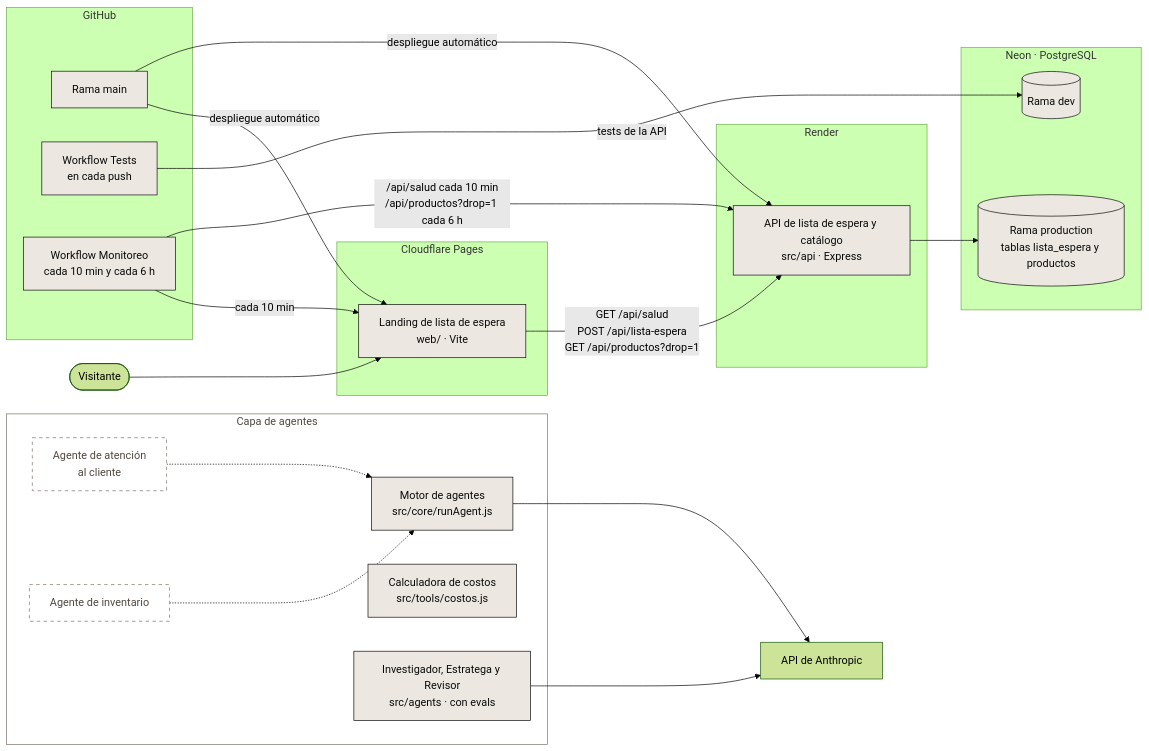
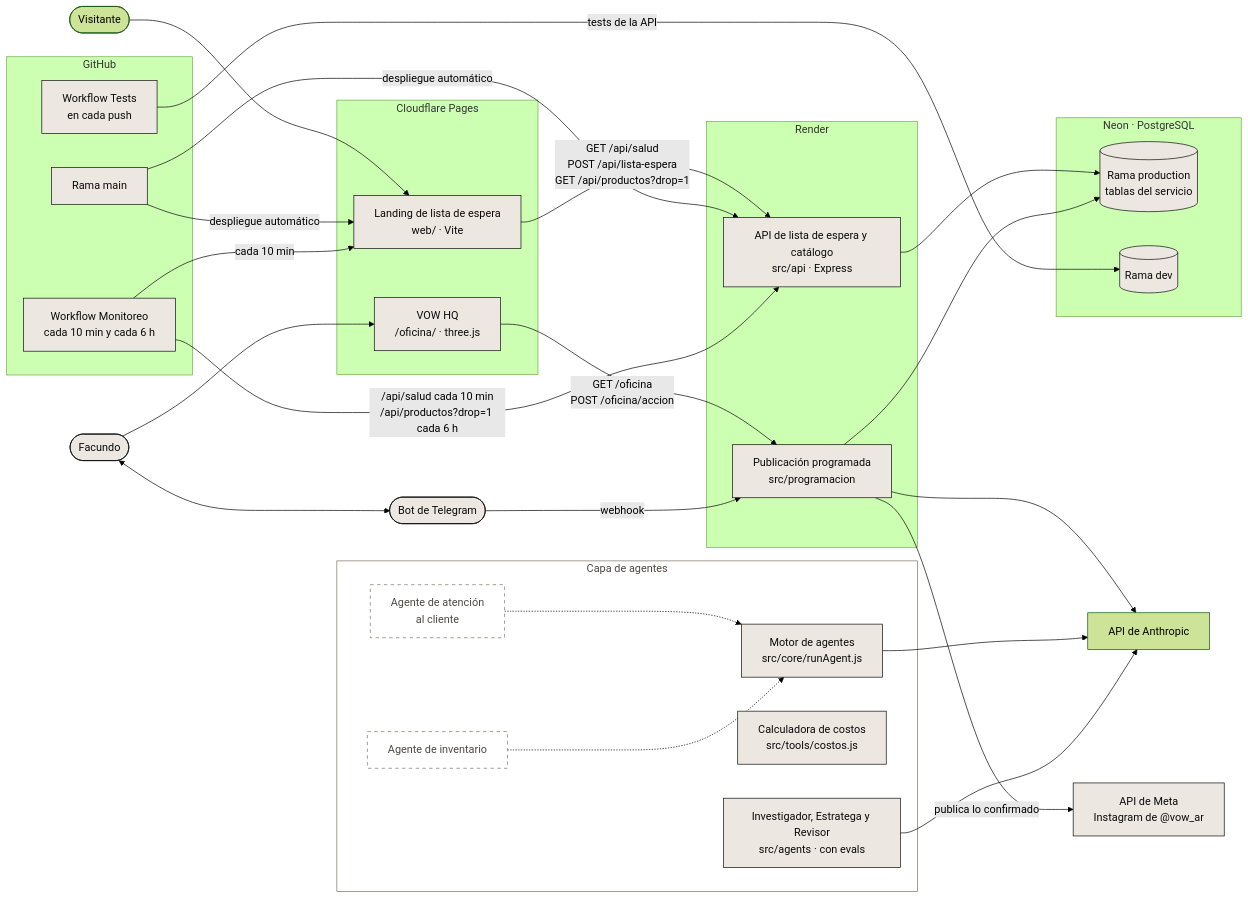
The first of 2 diagrams in README.md (FacundoGuiraldes/vow), drawn with Mermaid (forest theme) before and after one commit. The commit also changed other lines of this file and 9 other files, not shown here.

````diff
--- a/README.md
+++ b/README.md
@@ -50,52 +113,64 @@
 ```mermaid
 flowchart LR
     visitante(["Visitante"])
 
     subgraph sg_github["GitHub"]
         repo["Rama main"]
         ci["Workflow Tests<br/>en cada push"]
         monitoreo["Workflow Monitoreo<br/>cada 10 min y cada 6 h"]
     end
 
     subgraph sg_cloudflare["Cloudflare Pages"]
         landing["Landing de lista de espera<br/>web/ · Vite"]
+        hq["VOW HQ<br/>/oficina/ · three.js"]
     end
 
     subgraph sg_render["Render"]
         api["API de lista de espera y catálogo<br/>src/api · Express"]
+        prog["Publicación programada<br/>src/programacion"]
     end
 
     subgraph sg_neon["Neon · PostgreSQL"]
-        db[("Rama production<br/>tablas lista_espera y productos")]
+        db[("Rama production<br/>tablas del servicio")]
         dbdev[("Rama dev")]
     end
 
     subgraph agentes["Capa de agentes"]
         motor["Motor de agentes<br/>src/core/runAgent.js"]
         costos["Calculadora de costos<br/>src/tools/costos.js"]
         contenido["Investigador, Estratega y Revisor<br/>src/agents · con evals"]
         soporte["Agente de atención<br/>al cliente"]
         inventario["Agente de inventario"]
     end
 
     anthropic["API de Anthropic"]
+    telegram(["Bot de Telegram"])
+    meta["API de Meta<br/>Instagram de @vow_ar"]
+    persona(["Facundo"])
 
     visitante --> landing
     landing -->|"GET /api/salud<br/>POST /api/lista-espera<br/>GET /api/productos?drop=1"| api
     api --> db
+    persona --> hq
+    hq -->|"GET /oficina<br/>POST /oficina/accion"| prog
+    persona <--> telegram
+    telegram -->|"webhook"| prog
+    prog --> db
+    prog -->|"publica lo confirmado"| meta
+    prog --> anthropic
     repo -->|"despliegue automático"| landing
     repo -->|"despliegue automático"| api
     ci -->|"tests de la API"| dbdev
     monitoreo -->|"cada 10 min"| landing
     monitoreo -->|"/api/salud cada 10 min<br/>/api/productos?drop=1 cada 6 h"| api
     motor --> anthropic
     contenido --> anthropic
     soporte -.-> motor
     inventario -.-> motor
 
     classDef existe fill:#ECE8E1,stroke:#0A0A0A,color:#0A0A0A
     classDef planificado fill:#ffffff,stroke:#7A7064,stroke-dasharray:5 5,color:#4F4840
-    class repo,ci,monitoreo,landing,api,db,dbdev,motor,costos,contenido existe
+    class repo,ci,monitoreo,landing,hq,api,prog,db,dbdev,motor,costos,contenido,telegram,meta,persona existe
     class soporte,inventario planificado
     style agentes fill:#ffffff,stroke:#7A7064,color:#4F4840
 ```
````
